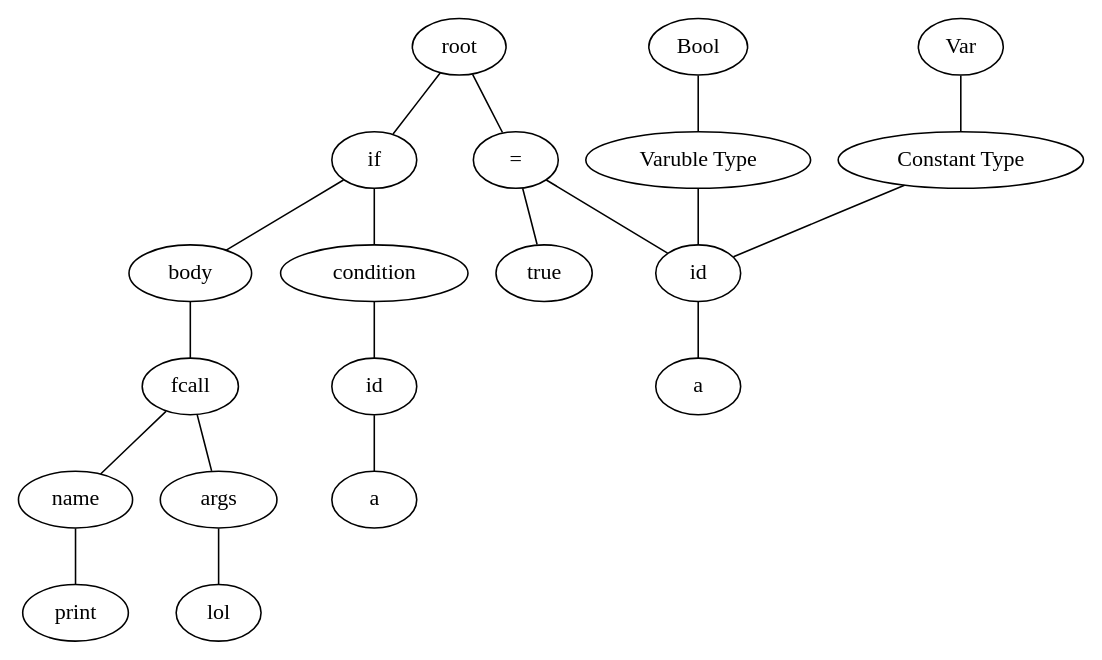
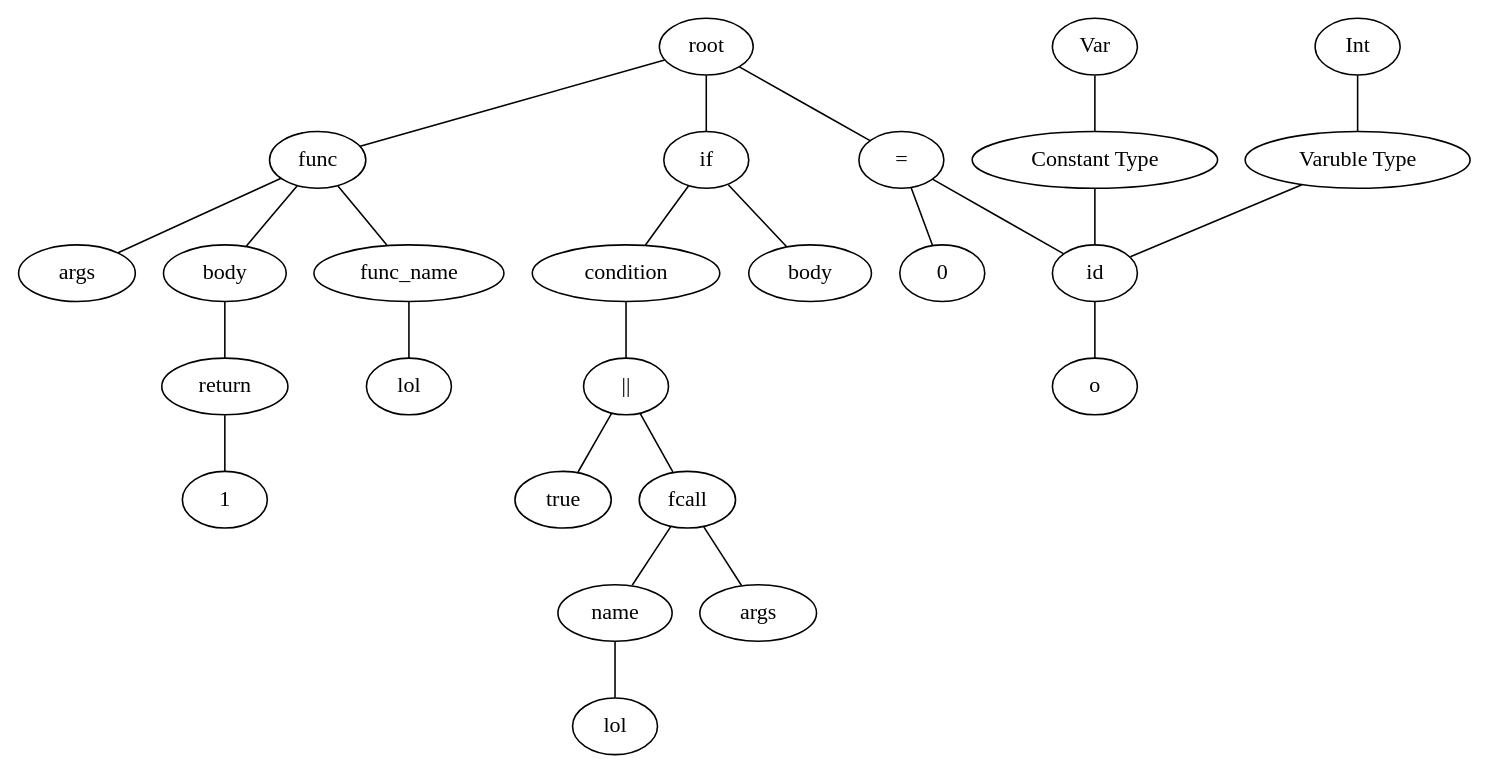
One commit to TAIIOK/SwiftCompilerToJavaByteCode changed the diagram in build/file.dot. Above: the diagram before and after it, drawn with Graphviz. The commit also changed 9 other files, not shown here.

```diff
--- a/build/file.dot
+++ b/build/file.dot
@@ -1,38 +1,50 @@
 graph graphname {
 root;
-assign0[label = "="];
-root--assign0;
-expr0[label = "id"];
-assign0--expr0;
+func0[label = "func"];
+root--func0;
+func0name[label = "func_name"];
+expr0[label = "lol"];
+func0name--expr0;
+func0--func0name;
+func0args[label = " args "];
+func0 -- func0args;
+func0body[label = " body "];
+func0 -- func0body;
+return0[label = "return"];
+func0body--return0;
+expr1[label = "1"];
+return0--expr1;
+assign1[label = "="];
+root--assign1;
+expr2[label = "id"];
+assign1--expr2;
 type0[label = "Varuble Type"];
-type0--expr0;
-type1[label = "Bool"];
+type0--expr2;
+type1[label = "Int"];
 type1--type0;
 consttype0[label = "Constant Type"];
-consttype0--expr0;
+consttype0--expr2;
 consttype1[label = "Var"];
 consttype1--consttype0;
-expr1[label = "a"];
-expr0--expr1;
-expr2[label = "true"];
-assign0--expr2;
+expr3[label = "o"];
+expr2--expr3;
+expr4[label = "0"];
+assign1--expr4;
 if0[label = "if"];
 root--if0;if0condition[label = " condition "];
 if0 -- if0condition;
-expr3[label = "id"];
-if0condition--expr3;
-expr4[label = "a"];
-expr3--expr4;
+expr5[label = "||"];
+if0condition--expr5;
+expr6[label = "fcall"];
+expr5--expr6;
+expr6name[label = "name"];
+expr7[label = "lol"];
+expr6name--expr7;
+expr6--expr6name;
+expr6args[label = " args "];
+expr6 -- expr6args;
+expr8[label = "true"];
+expr5--expr8;
 if0body[label = " body "];
 if0 -- if0body;
-expr5[label = "fcall"];
-if0body--expr5;
-expr5name[label = "name"];
-expr6[label = "print"];
-expr5name--expr6;
-expr5--expr5name;
-expr5args[label = " args "];
-expr5 -- expr5args;
-expr7[label = "lol"];
-expr5args--expr7;
 }
```
